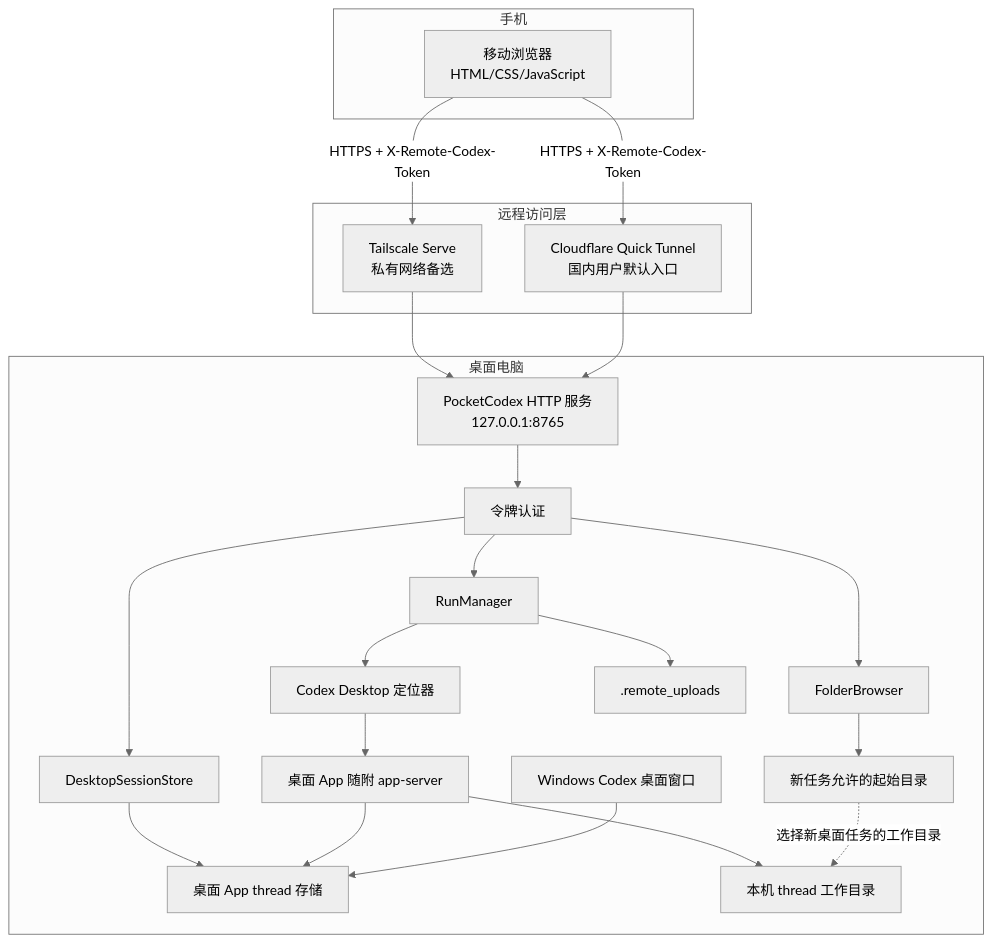
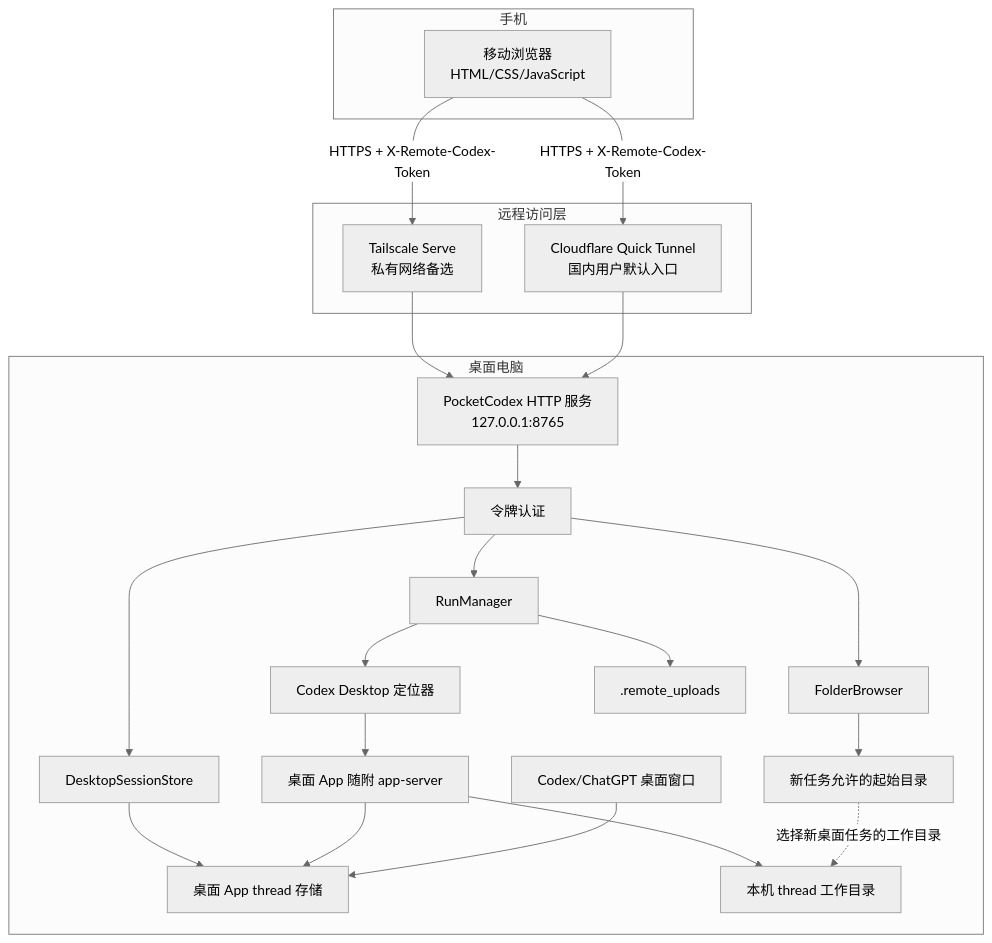
The first of 4 diagrams in docs/ARCHITECTURE.md (wanlixing-dream/Pocket-Codex), drawn with Mermaid (neutral theme) before and after one commit. The commit also changed other lines of this file and 8 other files, not shown here.

````diff
--- a/docs/ARCHITECTURE.md
+++ b/docs/ARCHITECTURE.md
@@ -11,44 +11,44 @@
 ```mermaid
 flowchart TB
     subgraph Mobile[手机]
         Browser[移动浏览器<br/>HTML/CSS/JavaScript]
     end
 
     subgraph Network[远程访问层]
         Cloudflare[Cloudflare Quick Tunnel<br/>国内用户默认入口]
         Tailscale[Tailscale Serve<br/>私有网络备选]
     end
 
     subgraph Desktop[桌面电脑]
         HTTP[PocketCodex HTTP 服务<br/>127.0.0.1:8765]
         Auth[令牌认证]
         SessionStore[DesktopSessionStore]
         FolderBrowser[FolderBrowser]
         RunManager[RunManager]
         SessionFiles[桌面 App thread 存储]
         Roots[新任务允许的起始目录]
         Workspaces[本机 thread 工作目录]
         Locator[Codex Desktop 定位器]
         AppServer[桌面 App 随附 app-server]
-        DesktopApp[Windows Codex 桌面窗口]
+        DesktopApp[Codex/ChatGPT 桌面窗口]
         Uploads[.remote_uploads]
     end
 
     Browser -->|HTTPS + X-Remote-Codex-Token| Tailscale
     Browser -->|HTTPS + X-Remote-Codex-Token| Cloudflare
     Tailscale --> HTTP
     Cloudflare --> HTTP
     HTTP --> Auth
     Auth --> SessionStore
     Auth --> FolderBrowser
     Auth --> RunManager
     SessionStore --> SessionFiles
     FolderBrowser --> Roots
     RunManager --> Locator
     Locator --> AppServer
     AppServer --> SessionFiles
     DesktopApp --> SessionFiles
     RunManager --> Uploads
     AppServer --> Workspaces
     Roots -.选择新桌面任务的工作目录.-> Workspaces
 ```
````
